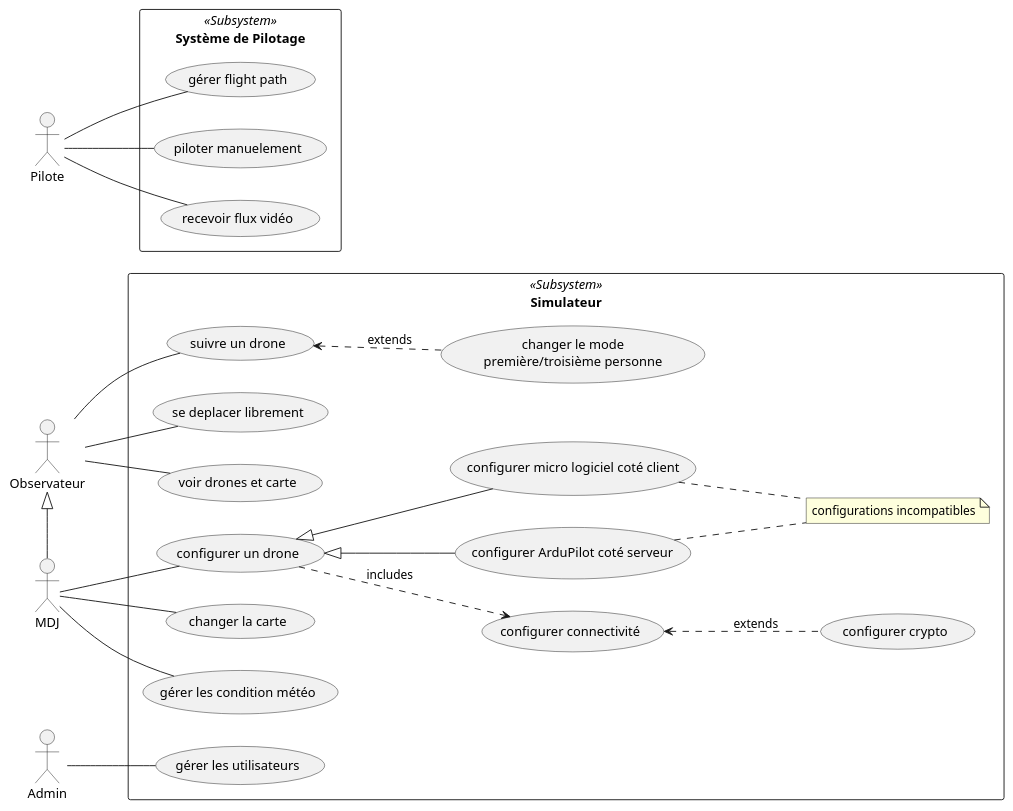
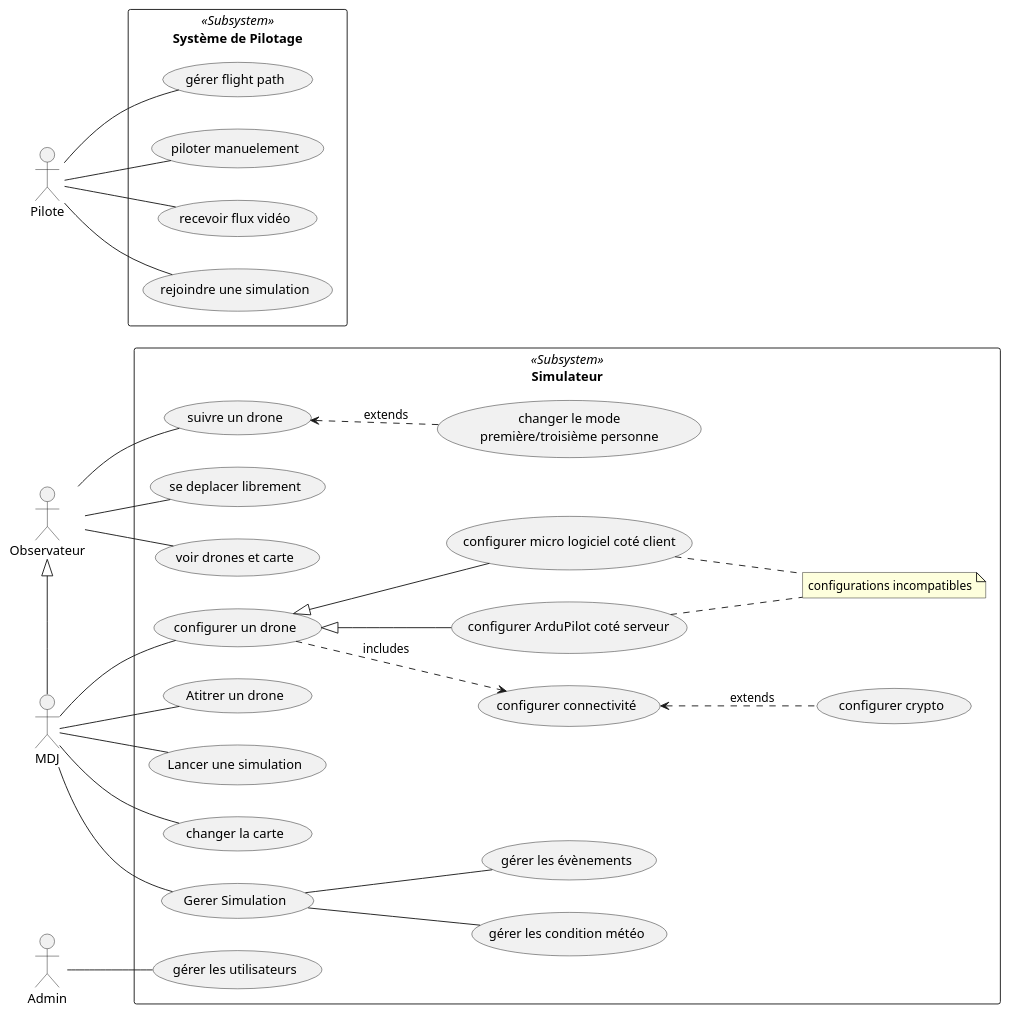
The diagram in doc/simulateur_uc.puml (tombartos/SAE-DRONE), drawn with PlantUML before and after one commit.

Commit message:
Ajout d'uc

```diff
--- a/doc/simulateur_uc.puml
+++ b/doc/simulateur_uc.puml
@@ -1,53 +1,60 @@
 @startuml
 
 left to right direction
 
 actor Observateur
 actor MDJ
 actor Pilote
 actor Admin
 'actor Admin
 
 rectangle "Système de Pilotage" <<Subsystem>> as SysPilot {
     Pilote -- (gérer flight path)
     Pilote -- (piloter manuelement)
     Pilote -- (recevoir flux vidéo)
+    Pilote -- (rejoindre une simulation)
 }
 
 
 
 MDJ -left-|> Observateur
 
 rectangle Simulateur <<Subsystem>> {
 
     usecase (suivre un drone) as follow_drone
 
     follow_drone <.down. (changer le mode\npremière/troisième personne) : extends
 
     Observateur -- (se deplacer librement)
     Observateur -- (voir drones et carte)
     Observateur -- follow_drone
 
     usecase (configurer un drone) as cfg_drone
     usecase (configurer connectivité) as cfg_conn
     usecase (configurer crypto) as cfg_crypt
     usecase (configurer ArduPilot coté serveur) as cfg_ardu_ss
     usecase (configurer micro logiciel coté client) as cfg_ardu_cs
+    usecase (Atitrer un drone) as cfg_attrib_drone
+    usecase (Lancer une simulation) as cfg_sim
     note "configurations incompatibles" as mutex1
 
     cfg_drone .down.> cfg_conn : includes
     cfg_conn <.down. cfg_crypt : extends
     cfg_drone <|-- cfg_ardu_ss 
     cfg_drone <|-- cfg_ardu_cs 
     cfg_ardu_ss .. mutex1
     cfg_ardu_cs .. mutex1
 
     MDJ -- (changer la carte)
-    MDJ -- (gérer les condition météo)
+    MDJ -- (Gerer Simulation)
+    (Gerer Simulation) -- (gérer les condition météo)
+    (Gerer Simulation) -- (gérer les évènements)
     MDJ -- cfg_drone
+    MDJ -- cfg_attrib_drone
+    MDJ -- cfg_sim
 
     Admin -- (gérer les utilisateurs)
 
 }
 
 @enduml
```
